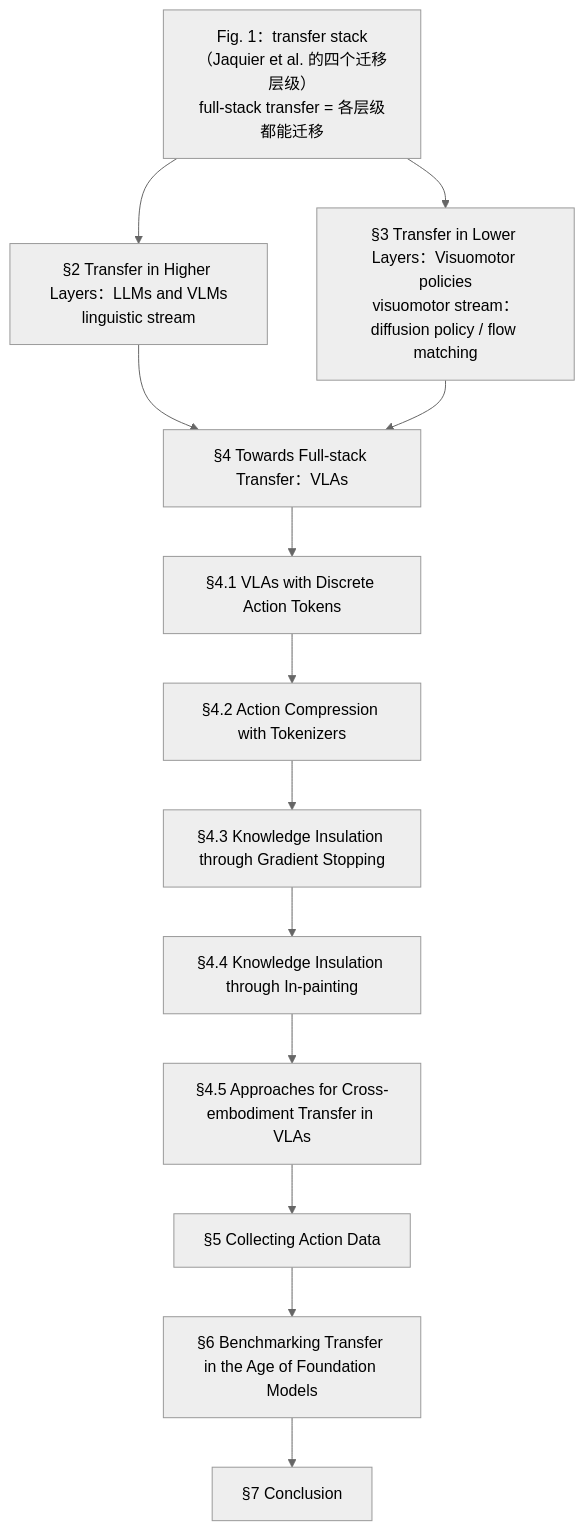
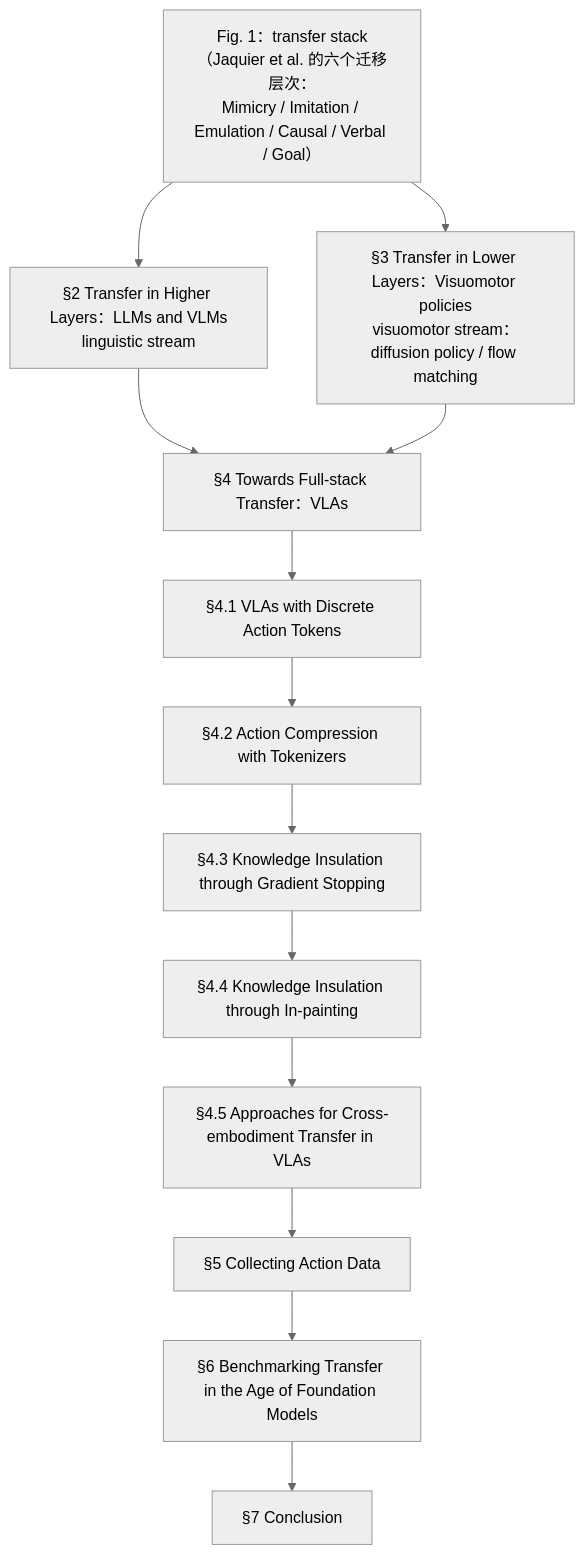
The diagram in wiki/entities/paper-foundation-models-full-stack-transfer.md (ImChong/Robotics_Notebooks), drawn with Mermaid (neutral theme) before and after one commit. The commit also changed other lines of this file and 177 other files, not shown here.

````diff
--- a/wiki/entities/paper-foundation-models-full-stack-transfer.md
+++ b/wiki/entities/paper-foundation-models-full-stack-transfer.md
@@ -42,21 +42,21 @@
 ```mermaid
 flowchart TD
-    F1["Fig. 1：transfer stack（Jaquier et al. 的四个迁移层级）<br/>full-stack transfer = 各层级都能迁移"]
+    F1["Fig. 1：transfer stack（Jaquier et al. 的六个迁移层次：<br/>Mimicry / Imitation / Emulation / Causal / Verbal / Goal）"]
     S2["§2 Transfer in Higher Layers：LLMs and VLMs<br/>linguistic stream"]
     S3["§3 Transfer in Lower Layers：Visuomotor policies<br/>visuomotor stream：diffusion policy / flow matching"]
     S4["§4 Towards Full-stack Transfer：VLAs"]
     S41["§4.1 VLAs with Discrete Action Tokens"]
     S42["§4.2 Action Compression with Tokenizers"]
     S43["§4.3 Knowledge Insulation through Gradient Stopping"]
     S44["§4.4 Knowledge Insulation through In-painting"]
     S45["§4.5 Approaches for Cross-embodiment Transfer in VLAs"]
     S5["§5 Collecting Action Data"]
     S6["§6 Benchmarking Transfer in the Age of Foundation Models"]
     S7["§7 Conclusion"]
     F1 --> S2
     F1 --> S3
     S2 --> S4
     S3 --> S4
     S4 --> S41 --> S42 --> S43 --> S44 --> S45
     S45 --> S5 --> S6 --> S7
 ```
````
